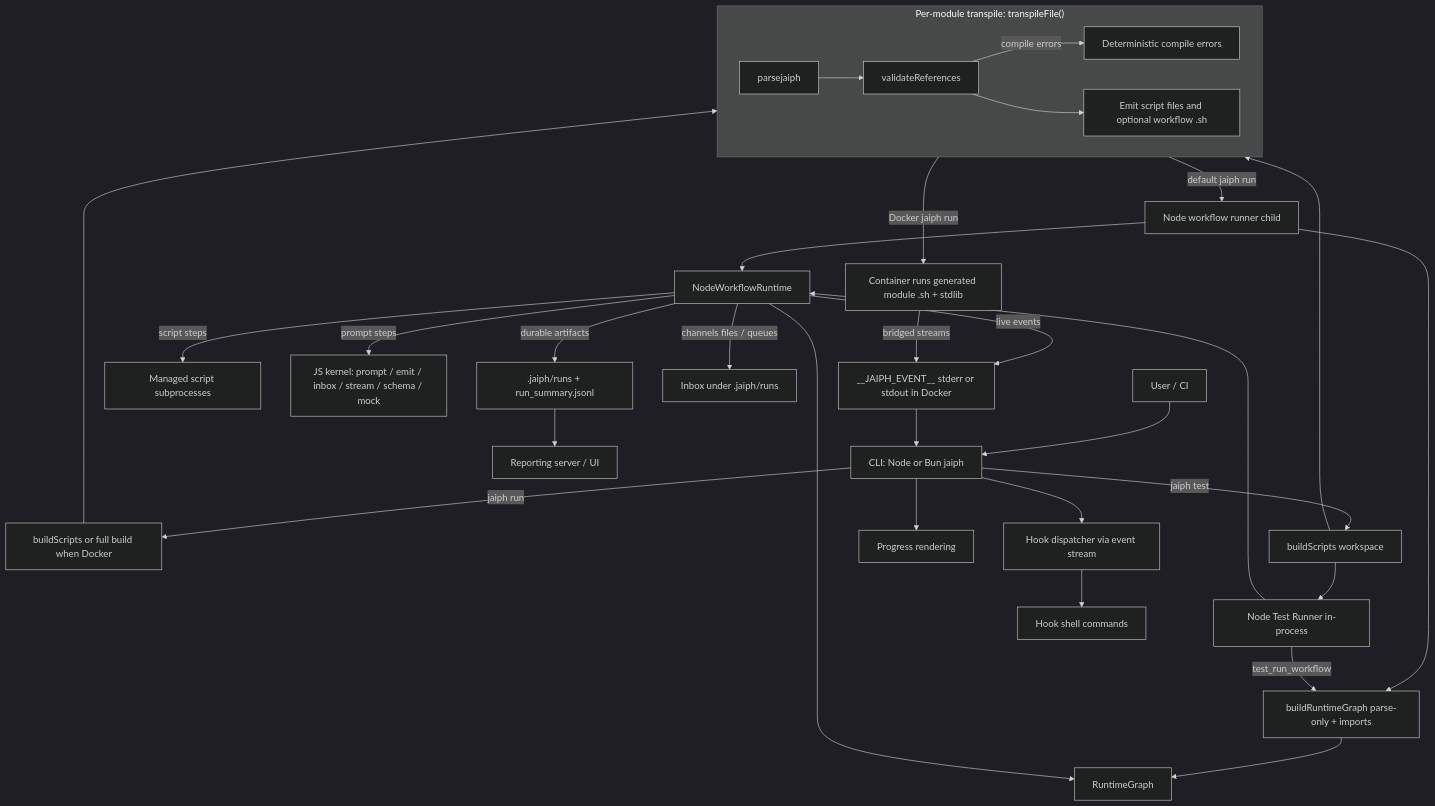
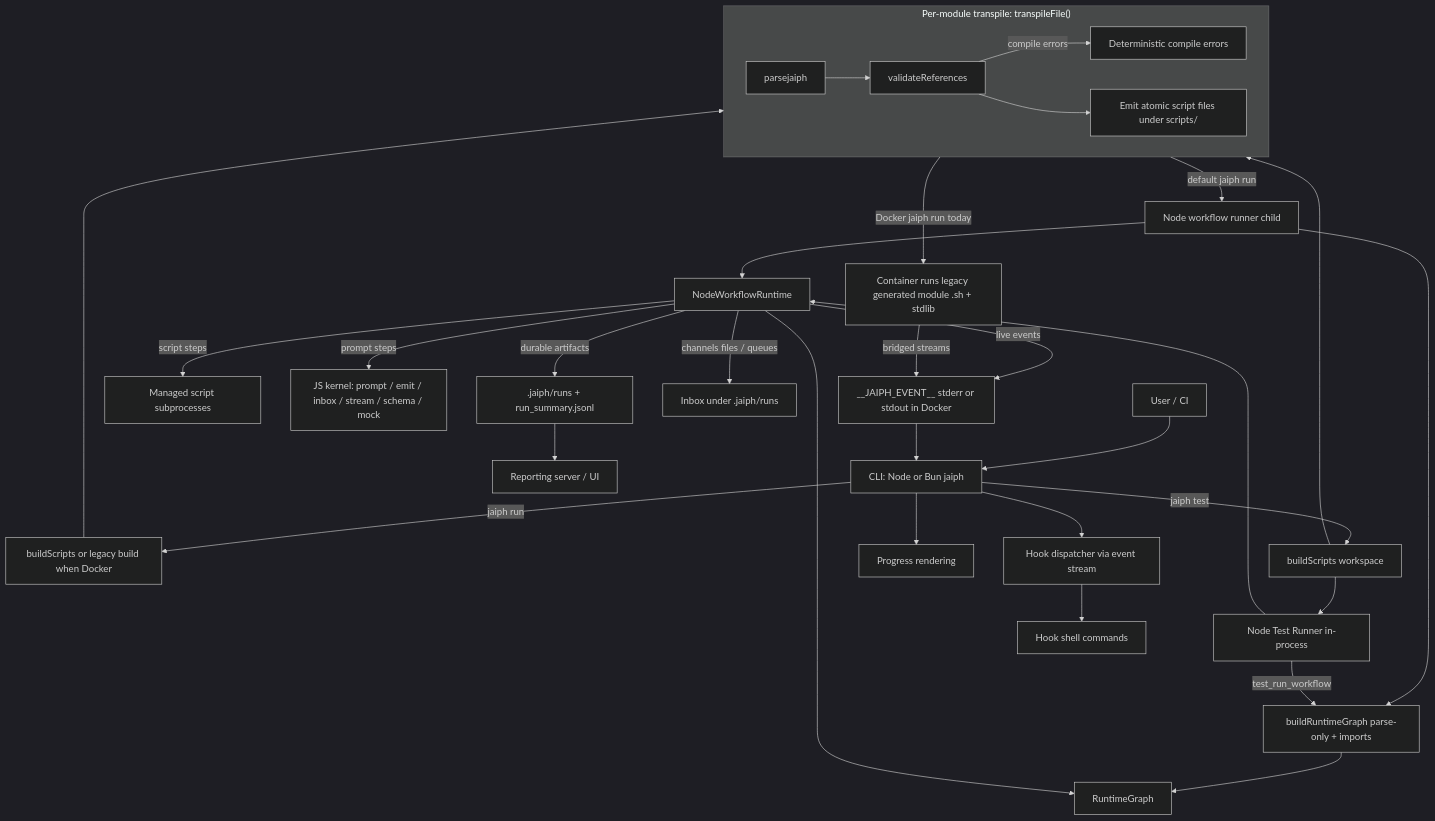
Before and after one commit to jaiphlang/jaiph: the first of 3 diagrams in ARCHITECTURE.md, drawn with Mermaid (dark theme). The commit also changed other lines of this file and 1 other file, not shown here.

Commit message:
Queue: Update requirement to drop legacy workflow bash target

````diff
--- a/ARCHITECTURE.md
+++ b/ARCHITECTURE.md
@@ -99,46 +98,46 @@
 ```mermaid
 flowchart TD
     U[User / CI] --> CLI[CLI: Node or Bun jaiph]
 
     subgraph Transpile["Per-module transpile: transpileFile()"]
         PARSE[parsejaiph]
         VAL[validateReferences]
-        EMIT[Emit script files and optional workflow .sh]
+        EMIT[Emit atomic script files under scripts/]
         PARSE --> VAL
         VAL -->|compile errors| ERR[Deterministic compile errors]
         VAL --> EMIT
     end
 
-    CLI -->|jaiph run| BS1[buildScripts or full build when Docker]
+    CLI -->|jaiph run| BS1[buildScripts or legacy build when Docker]
     BS1 --> Transpile
 
     CLI -->|jaiph test| BS2[buildScripts workspace]
     BS2 --> Transpile
     BS2 --> TR[Node Test Runner in-process]
 
     Transpile -->|default jaiph run| RW[Node workflow runner child]
-    Transpile -->|Docker jaiph run| DC[Container runs generated module .sh + stdlib]
+    Transpile -->|Docker jaiph run today| DC[Container runs legacy generated module .sh + stdlib]
 
     RW --> G[buildRuntimeGraph parse-only + imports]
     G --> GRAPH[RuntimeGraph]
     RW --> RT[NodeWorkflowRuntime]
     RT --> GRAPH
 
     TR -->|test_run_workflow| G
     TR --> RT
 
     RT -->|script steps| SCRIPT[Managed script subprocesses]
     RT -->|prompt steps| KERNEL[JS kernel: prompt / emit / inbox / stream / schema / mock]
 
     RT -->|live events| EV["__JAIPH_EVENT__ stderr or stdout in Docker"]
     DC -->|bridged streams| EV
     EV --> CLI
     CLI --> PR[Progress rendering]
 
     RT -->|channels files / queues| INBOX[Inbox under .jaiph/runs]
     RT -->|durable artifacts| SUM[.jaiph/runs + run_summary.jsonl]
     SUM --> REP[Reporting server / UI]
 
     CLI --> HK[Hook dispatcher via event stream]
     HK --> HPROC[Hook shell commands]
 ```
````
